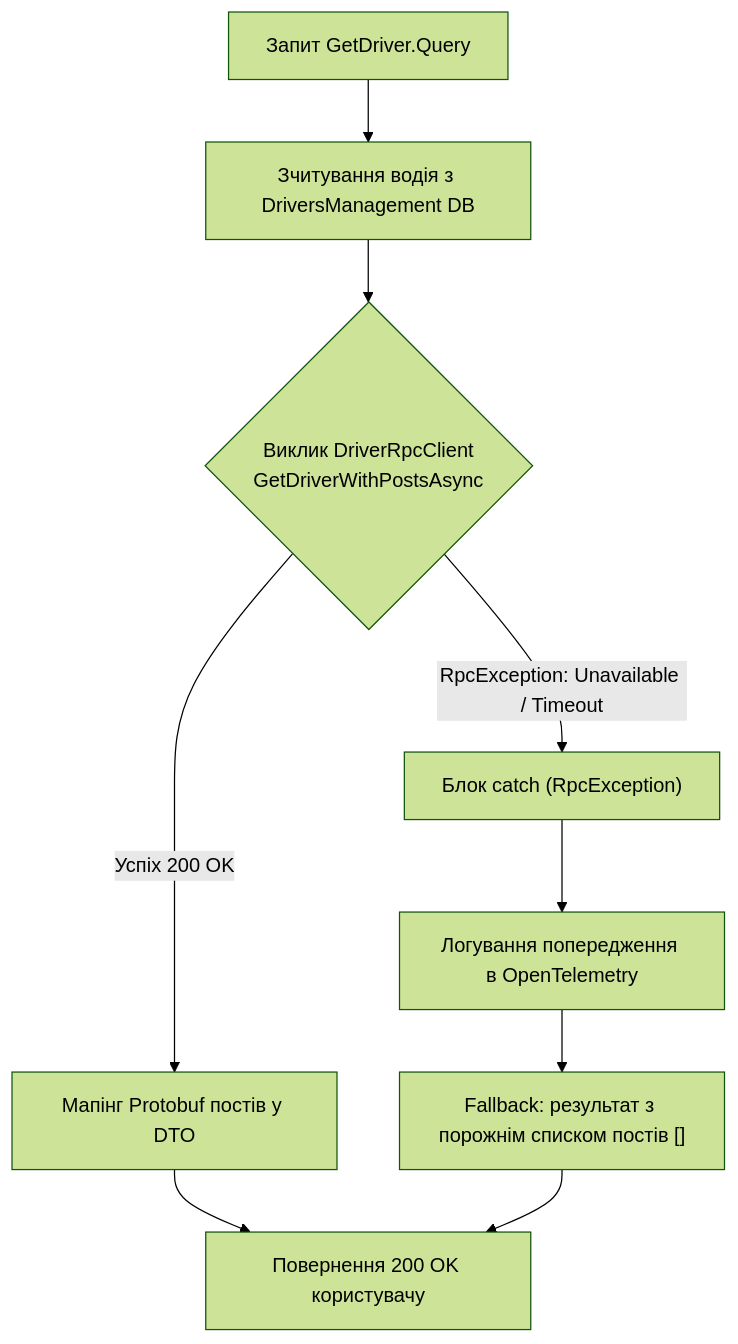
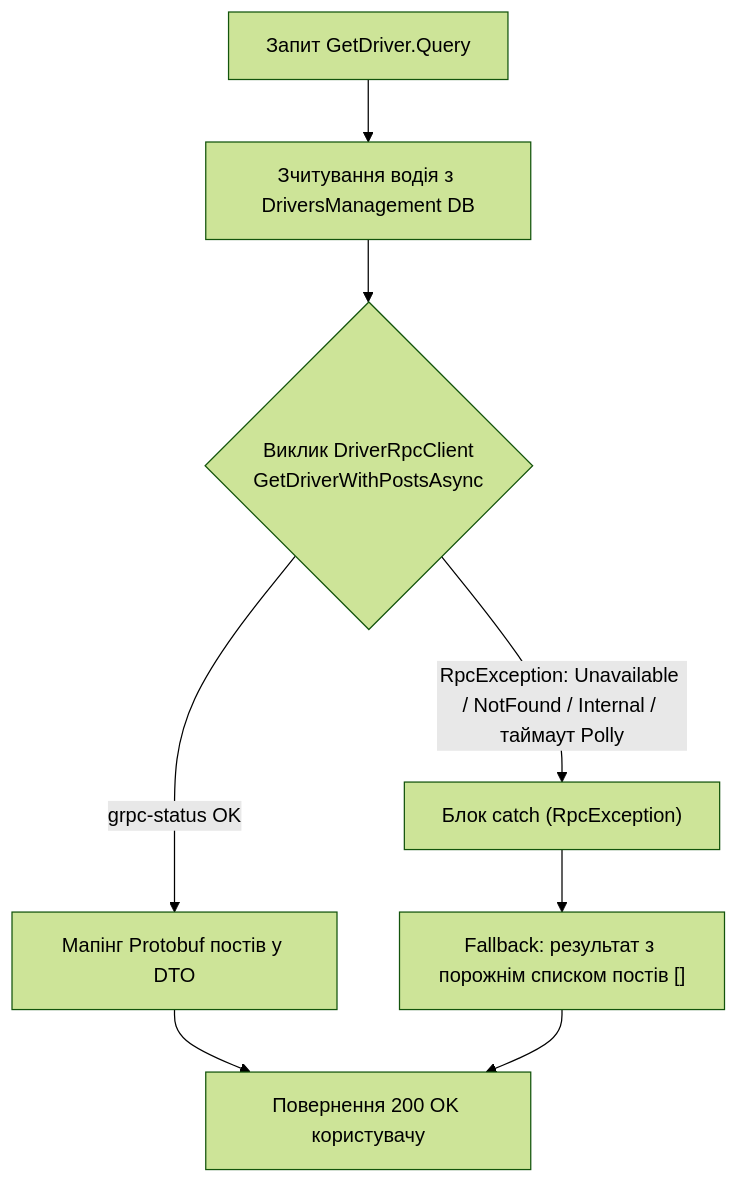
The third of 3 diagrams in 02-Microservices-Craftsman/02-02-Communication-Documentation/03_Patterns_Synchronous_gRPC_Communication.md (MrTomkaYurii/Demo-CargoDeliveryService), drawn with Mermaid (forest theme) before and after one commit. The commit also changed other lines of this file and 227 other files, not shown here.

````diff
--- a/02-Microservices-Craftsman/02-02-Communication-Documentation/03_Patterns_Synchronous_gRPC_Communication.md
+++ b/02-Microservices-Craftsman/02-02-Communication-Documentation/03_Patterns_Synchronous_gRPC_Communication.md
@@ -111,14 +132,13 @@
 ```mermaid
 flowchart TD
     Start["Запит GetDriver.Query"] --> FetchLocal["Зчитування водія з DriversManagement DB"]
     FetchLocal --> CallRpc{"Виклик DriverRpcClient<br/>GetDriverWithPostsAsync"}
     
-    CallRpc -->|Успіх 200 OK| ParsePosts["Мапінг Protobuf постів у DTO"]
-    CallRpc -->|RpcException: Unavailable / Timeout| HandleError["Блок catch (RpcException)"]
+    CallRpc -->|grpc-status OK| ParsePosts["Мапінг Protobuf постів у DTO"]
+    CallRpc -->|RpcException: Unavailable / NotFound / Internal / таймаут Polly| HandleError["Блок catch (RpcException)"]
     
-    HandleError --> LogWarn["Логування попередження в OpenTelemetry"]
-    LogWarn --> Fallback["Fallback: результат з порожнім списком постів []"]
+    HandleError --> Fallback["Fallback: результат з порожнім списком постів []"]
     
     ParsePosts --> ReturnSuccess["Повернення 200 OK користувачу"]
     Fallback --> ReturnSuccess
 ```
````
